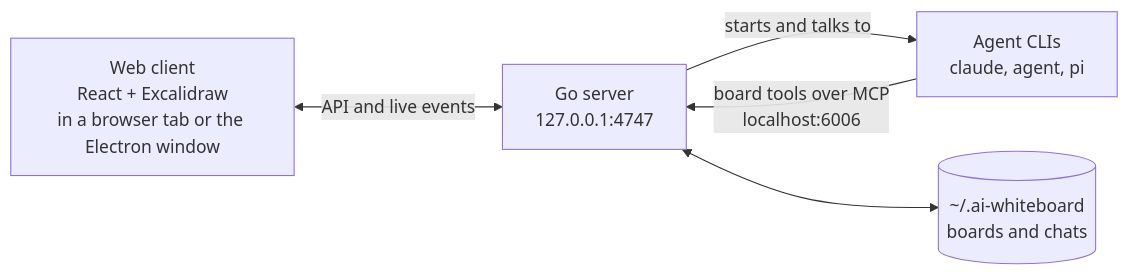
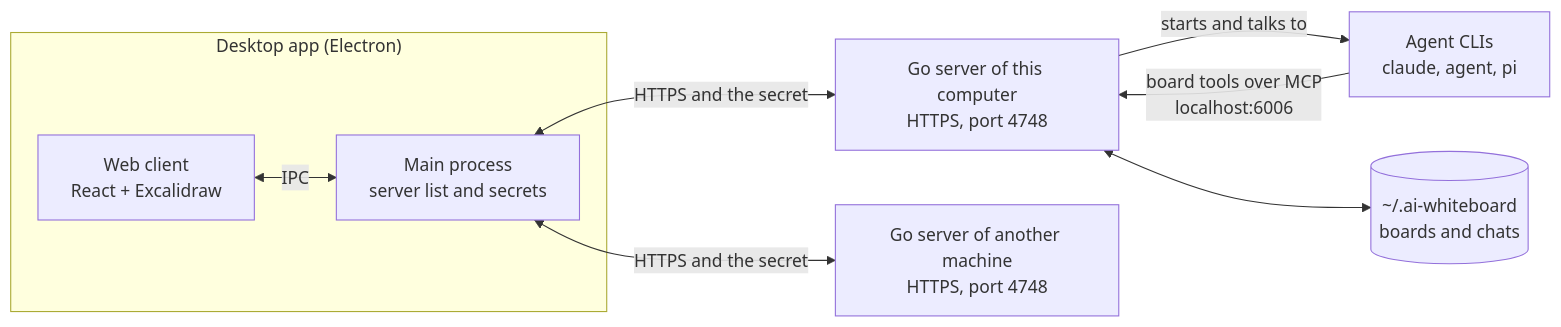
The diagram in README.md (atfoc/ai-tandem), drawn with Mermaid before and after one commit. The commit also changed other lines of this file and 411 other files, not shown here.

First line of the commit message:
The app is the client of every server; no server-to-server proxy

````diff
--- a/README.md
+++ b/README.md
@@ -164,11 +166,17 @@
 ```mermaid
 flowchart LR
-  UI["Web client<br/>React + Excalidraw<br/>in a browser tab or the Electron window"]
-  S["Go server<br/>127.0.0.1:4747"]
+  subgraph APP["Desktop app (Electron)"]
+    UI["Web client<br/>React + Excalidraw"]
+    M["Main process<br/>server list and secrets"]
+    UI <-->|"IPC"| M
+  end
+  S["Go server of this computer<br/>HTTPS, port 4748"]
+  R["Go server of another machine<br/>HTTPS, port 4748"]
   A["Agent CLIs<br/>claude, agent, pi"]
   D[("~/.ai-whiteboard<br/>boards and chats")]
-  UI <-->|"API and live events"| S
+  M <-->|"HTTPS and the secret"| S
+  M <-->|"HTTPS and the secret"| R
   S -->|"starts and talks to"| A
   A -->|"board tools over MCP<br/>localhost:6006"| S
   S <--> D
 ```
````
